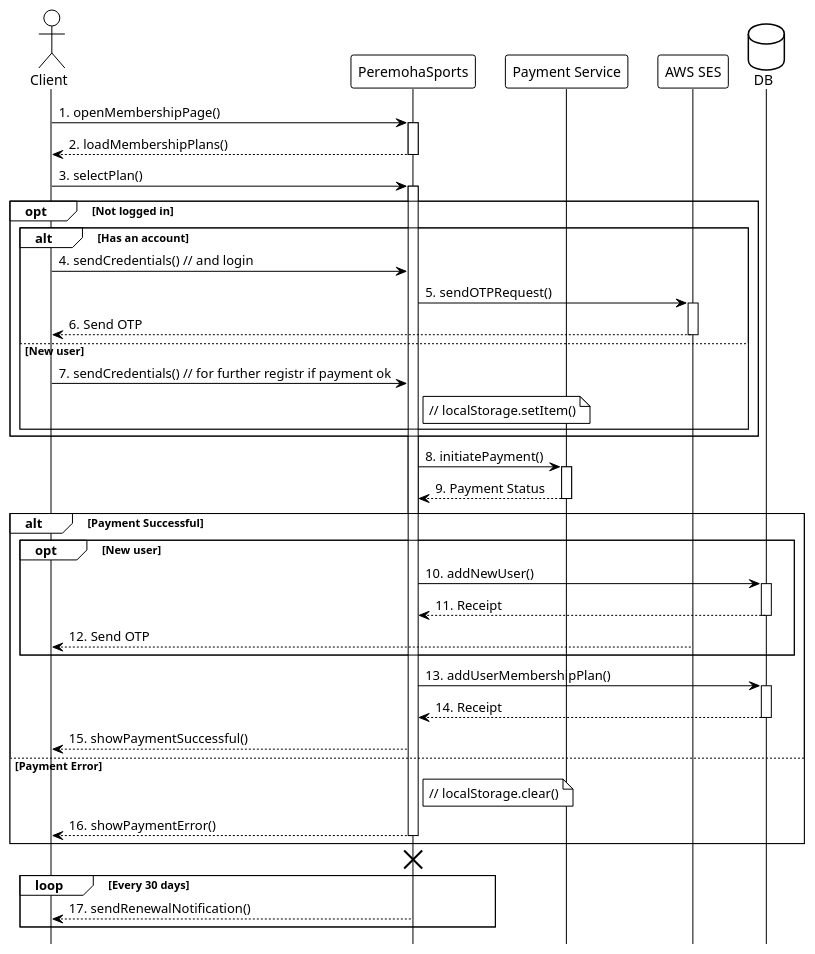
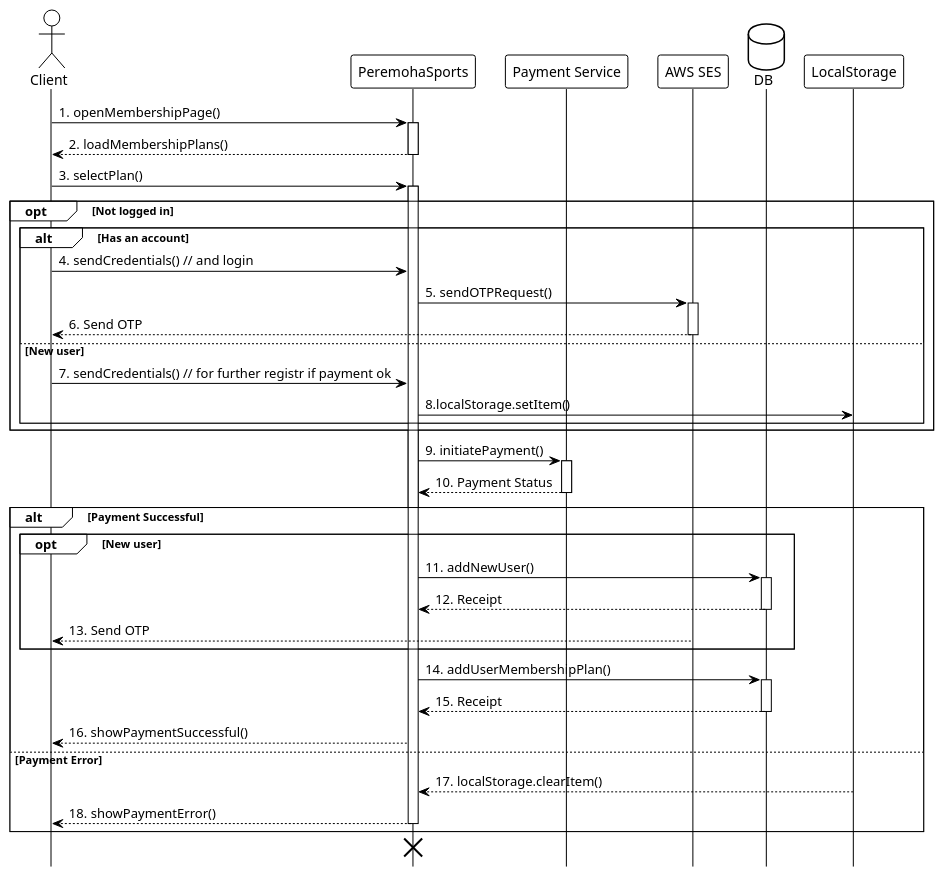
One commit to AnnKuts/PeremohaSports changed the diagram in diagrams/sequence/plantuml/sequence-diagram.puml. Above: the diagram before and after it, drawn with PlantUML. The commit also changed 1 other file, not shown here.

Commit message:
fix: fix sequence diagram

```diff
--- a/diagrams/sequence/plantuml/sequence-diagram.puml
+++ b/diagrams/sequence/plantuml/sequence-diagram.puml
@@ -1,66 +1,63 @@
 @startuml
 
 !theme plain
 actor Client #transparent
 participant "PeremohaSports" as App
 participant "Payment Service" as Payment
 participant "AWS SES" as SES
 database "DB" as DB
+participant "LocalStorage" as LS
 hide footbox
 
 Client -> App: 1. openMembershipPage()
 activate App
 App --> Client: 2. loadMembershipPlans()
 deactivate App
 
 Client -> App: 3. selectPlan()
 activate App
 
 opt Not logged in
   alt Has an account
     Client -> App: 4. sendCredentials() // and login
     App -> SES: 5. sendOTPRequest()
     activate SES
     SES --> Client: 6. Send OTP
     deactivate SES
 
   else New user
     Client -> App: 7. sendCredentials() // for further registr if payment ok
-    note right of App: // localStorage.setItem()
+    App -> LS: 8.localStorage.setItem()
   end
 end
 
 
-App -> Payment: 8. initiatePayment()
+App -> Payment: 9. initiatePayment()
 activate Payment
-Payment --> App: 9. Payment Status
+Payment --> App: 10. Payment Status
 deactivate Payment
 
 alt Payment Successful
   opt New user
-    App -> DB: 10. addNewUser()
+    App -> DB: 11. addNewUser()
     activate DB
-    DB --> App: 11. Receipt
+    DB --> App: 12. Receipt
     deactivate DB
-    SES --> Client: 12. Send OTP
+    SES --> Client: 13. Send OTP
    end
 
-  App -> DB: 13. addUserMembershipPlan()
+  App -> DB: 14. addUserMembershipPlan()
   activate DB
-  DB --> App: 14. Receipt
+  DB --> App: 15. Receipt
   deactivate DB
-  App --> Client: 15. showPaymentSuccessful()
+  App --> Client: 16. showPaymentSuccessful()
 
 else Payment Error
-  note right of App: // localStorage.clear()
-  App --> Client: 16. showPaymentError()
+  LS --> App: 17. localStorage.clearItem()
+  App --> Client: 18. showPaymentError()
   deactivate App
 end
 
 destroy App
 
-loop Every 30 days
-  App --> Client: 17. sendRenewalNotification()
-end
-
 @enduml
```
